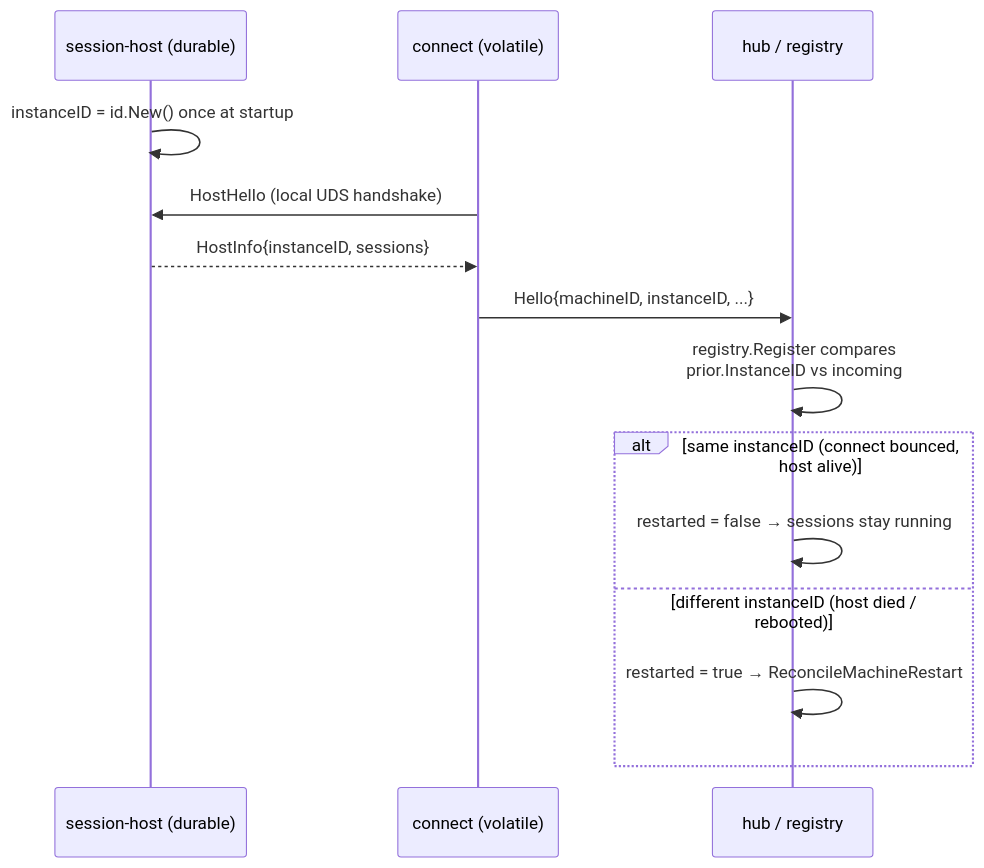
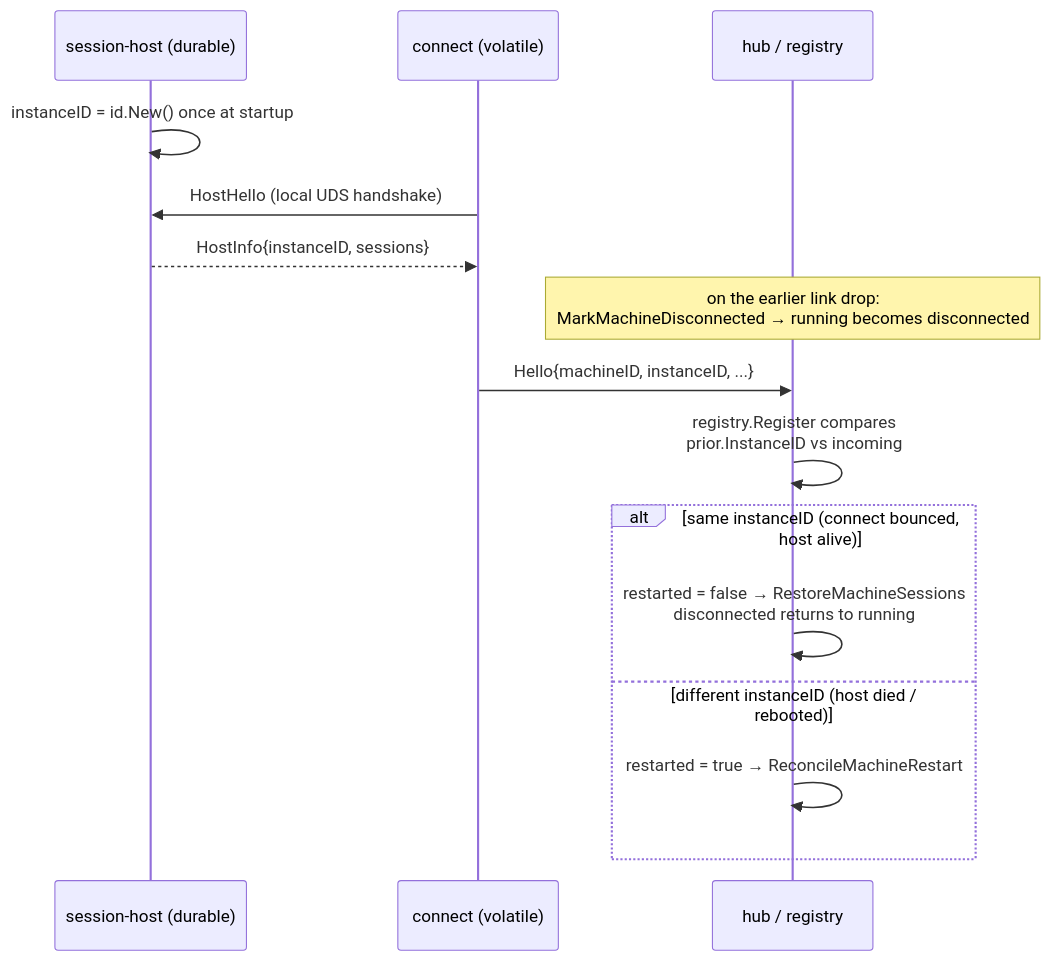
Before and after one commit to rizquuula/Constellate: the fourth of 4 diagrams in docs/02-architecture.md, drawn with Mermaid. The commit also changed other lines of this file and 10 other files, not shown here.

````diff
--- a/docs/02-architecture.md
+++ b/docs/02-architecture.md
@@ -132,16 +132,17 @@
 ```mermaid
 sequenceDiagram
     participant SH as session-host (durable)
     participant CX as connect (volatile)
     participant HUB as hub / registry
     SH->>SH: instanceID = id.New() once at startup
     CX->>SH: HostHello (local UDS handshake)
     SH-->>CX: HostInfo{instanceID, sessions}
+    Note over HUB: on the earlier link drop:<br/>MarkMachineDisconnected → running becomes disconnected
     CX->>HUB: Hello{machineID, instanceID, ...}
     HUB->>HUB: registry.Register compares<br/>prior.InstanceID vs incoming
     alt same instanceID (connect bounced, host alive)
-        HUB->>HUB: restarted = false → sessions stay running
+        HUB->>HUB: restarted = false → RestoreMachineSessions<br/>disconnected returns to running
     else different instanceID (host died / rebooted)
         HUB->>HUB: restarted = true → ReconcileMachineRestart
     end
 ```
````
